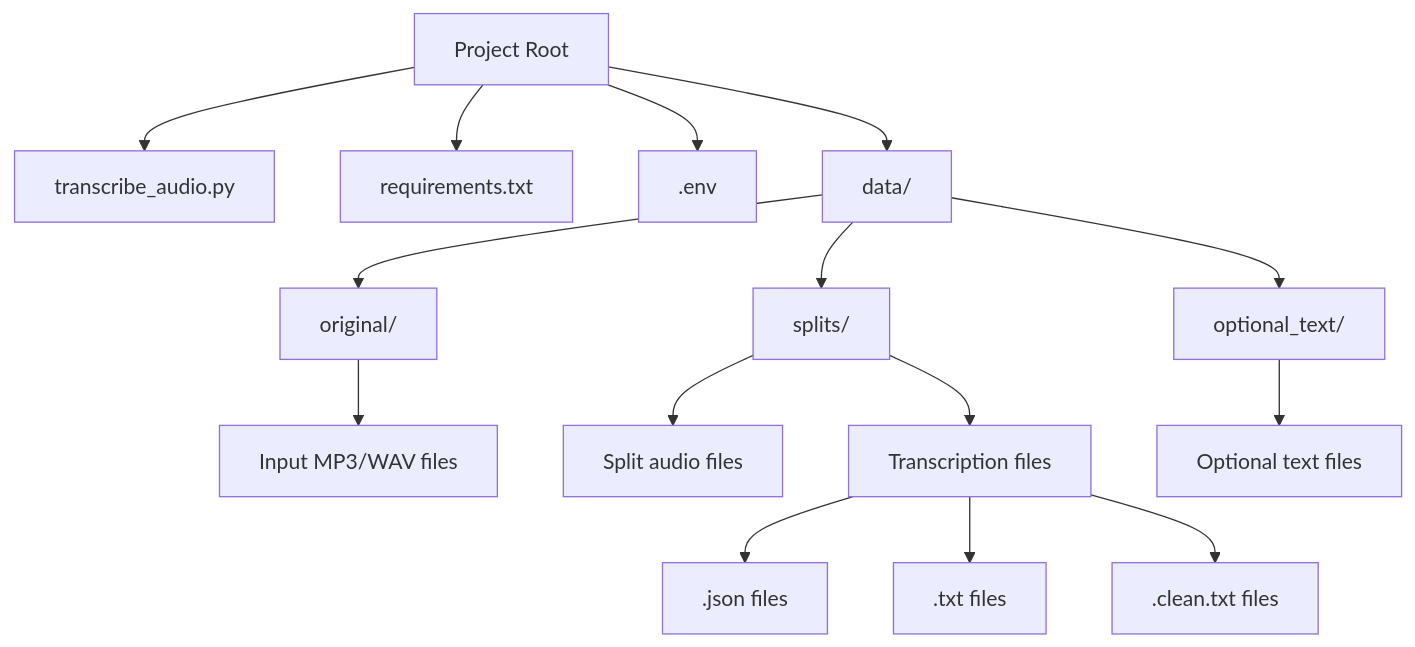
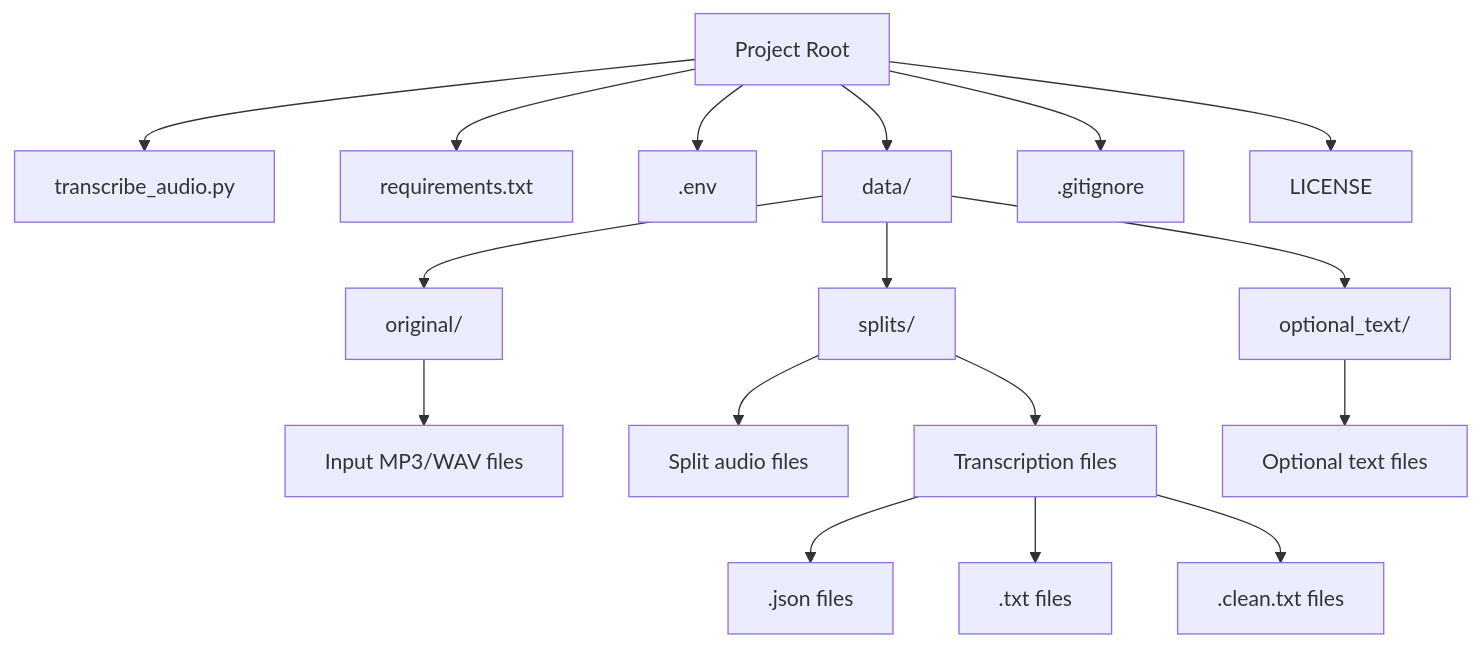
The first of 4 diagrams in README.md (CaptainCodeAU/AudioScribe), drawn with Mermaid before and after one commit. The commit also changed other lines of this file, not shown here.

Commit message:
Update README.md charts to reflect current implementation

````diff
--- a/README.md
+++ b/README.md
@@ -109,17 +109,19 @@
 ```mermaid
 graph TD
     A[Project Root] --> B[transcribe_audio.py]
     A --> C[requirements.txt]
     A --> D[.env]
     A --> E[data/]
     E --> F[original/]
     E --> G[splits/]
     E --> H[optional_text/]
     F --> I[Input MP3/WAV files]
     G --> J[Split audio files]
     G --> K[Transcription files]
     H --> L[Optional text files]
     K --> M[.json files]
     K --> N[.txt files]
     K --> O[.clean.txt files]
+    A --> P[.gitignore]
+    A --> Q[LICENSE]
 ```
````
